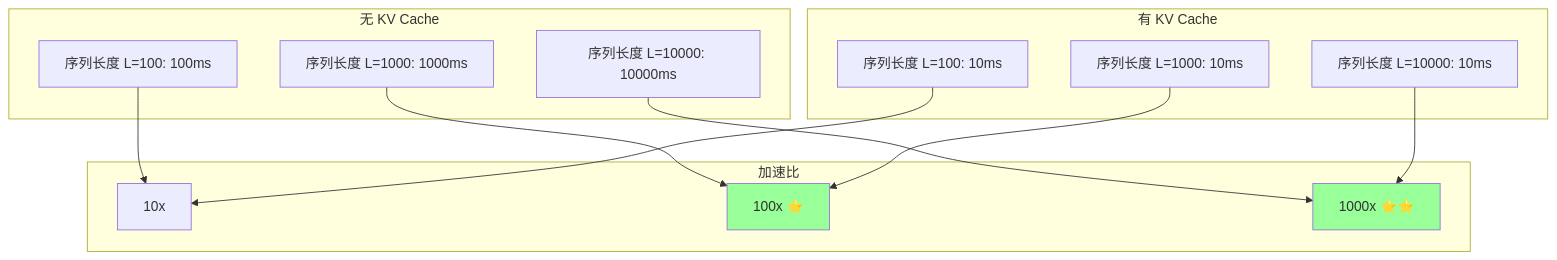
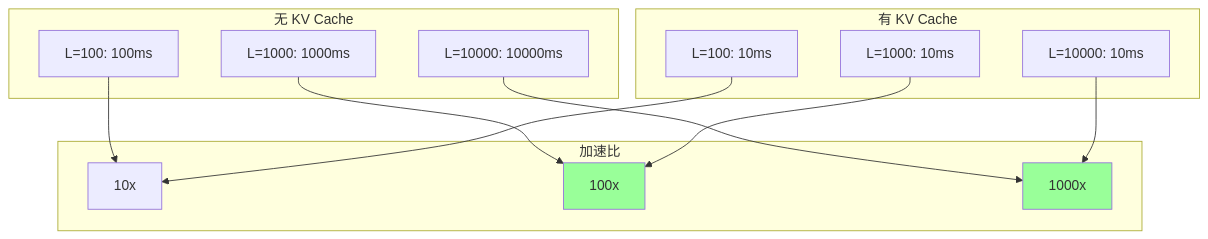
Before and after one commit to konyellin-cyber/longer: diagram 14 of 16 in kvcache_implementation.md, drawn with Mermaid. The commit also changed other lines of this file, not shown here.

Commit message:
Fix Mermaid syntax errors: remove special characters and multiline text in node labels

````diff
--- a/kvcache_implementation.md
+++ b/kvcache_implementation.md
@@ -423,30 +443,30 @@
 ```mermaid
 graph TB
-    subgraph "无 KV Cache"
-        T1["序列长度 L=100: 100ms"]
-        T2["序列长度 L=1000: 1000ms"]
-        T3["序列长度 L=10000: 10000ms"]
+    subgraph A["无 KV Cache"]
+        T1["L=100: 100ms"]
+        T2["L=1000: 1000ms"]
+        T3["L=10000: 10000ms"]
     end
     
-    subgraph "有 KV Cache"
-        T4["序列长度 L=100: 10ms"]
-        T5["序列长度 L=1000: 10ms"]
-        T6["序列长度 L=10000: 10ms"]
+    subgraph B["有 KV Cache"]
+        T4["L=100: 10ms"]
+        T5["L=1000: 10ms"]
+        T6["L=10000: 10ms"]
     end
     
-    subgraph "加速比"
+    subgraph C["加速比"]
         S1["10x"]
-        S2["100x ⭐"]
-        S3["1000x ⭐⭐"]
+        S2["100x"]
+        S3["1000x"]
     end
     
     T1 --> S1
     T4 --> S1
     T2 --> S2
     T5 --> S2
     T3 --> S3
     T6 --> S3
     
     style S2 fill:#99ff99
     style S3 fill:#99ff99
 ```
````
